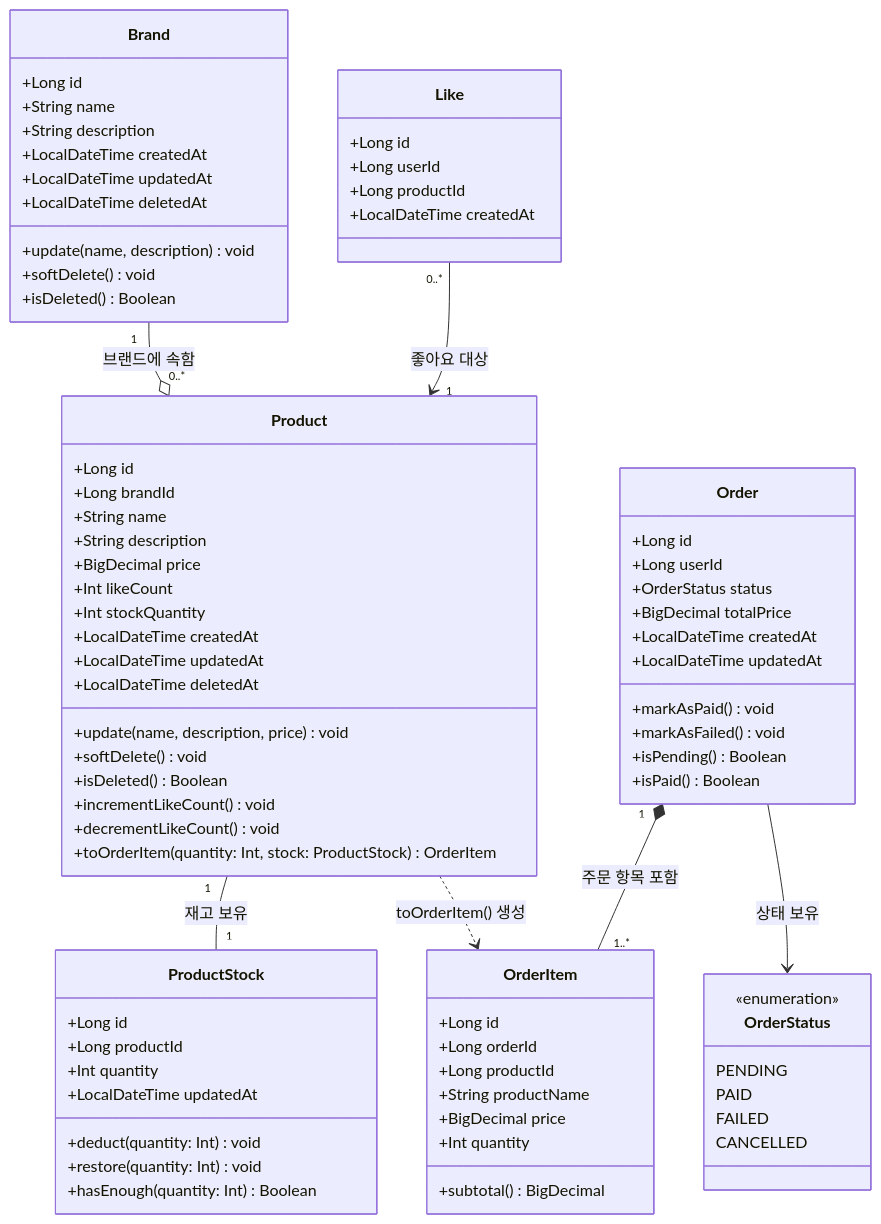
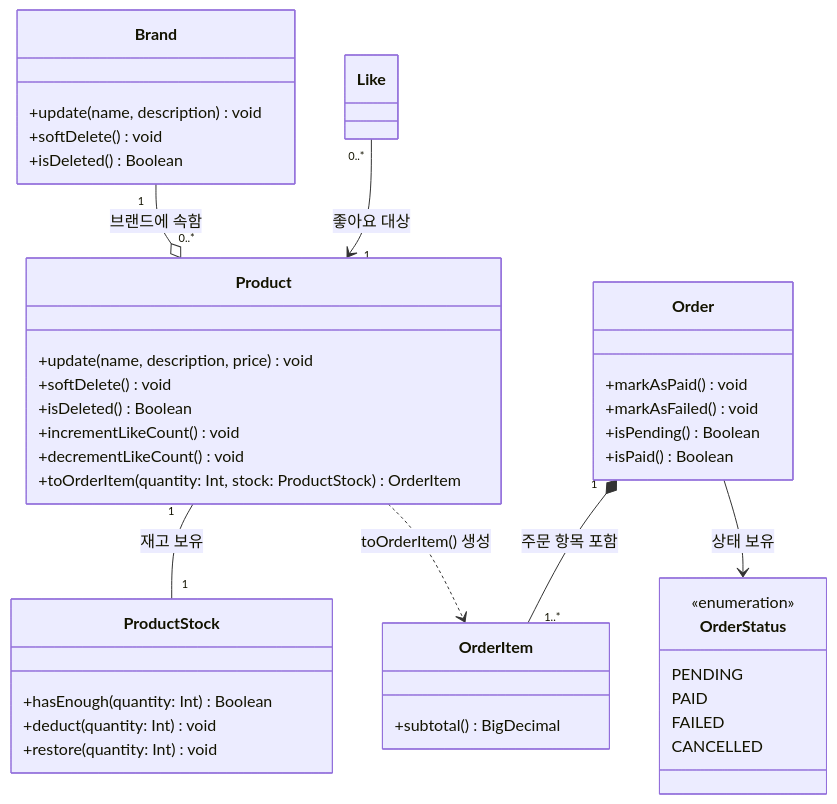
One commit to yeonjoo7/loop-pack-be-l2-vol4-kotlin changed the diagram in docs/week2/03-class-diagram.md. Above: the diagram before and after it, drawn with Mermaid. The commit also changed other lines of this file, not shown here.

First line of the commit message:
refactor(docs): simplify class diagram to focus on business behavior

````diff
--- a/docs/week2/03-class-diagram.md
+++ b/docs/week2/03-class-diagram.md
@@ -17,28 +13,12 @@
 ```mermaid
 classDiagram
     class Brand {
-        +Long id
-        +String name
-        +String description
-        +LocalDateTime createdAt
-        +LocalDateTime updatedAt
-        +LocalDateTime deletedAt
         +update(name, description) void
         +softDelete() void
         +isDeleted() Boolean
     }
 
     class Product {
-        +Long id
-        +Long brandId
-        +String name
-        +String description
-        +BigDecimal price
-        +Int likeCount
-        +Int stockQuantity
-        +LocalDateTime createdAt
-        +LocalDateTime updatedAt
-        +LocalDateTime deletedAt
         +update(name, description, price) void
         +softDelete() void
         +isDeleted() Boolean
@@ -48,29 +28,15 @@
     }
 
     class ProductStock {
-        +Long id
-        +Long productId
-        +Int quantity
-        +LocalDateTime updatedAt
+        +hasEnough(quantity: Int) Boolean
         +deduct(quantity: Int) void
         +restore(quantity: Int) void
-        +hasEnough(quantity: Int) Boolean
     }
 
     class Like {
-        +Long id
-        +Long userId
-        +Long productId
-        +LocalDateTime createdAt
     }
 
     class Order {
-        +Long id
-        +Long userId
-        +OrderStatus status
-        +BigDecimal totalPrice
-        +LocalDateTime createdAt
-        +LocalDateTime updatedAt
         +markAsPaid() void
         +markAsFailed() void
         +isPending() Boolean
@@ -78,12 +44,6 @@
     }
 
     class OrderItem {
-        +Long id
-        +Long orderId
-        +Long productId
-        +String productName
-        +BigDecimal price
-        +Int quantity
         +subtotal() BigDecimal
     }
 
````
